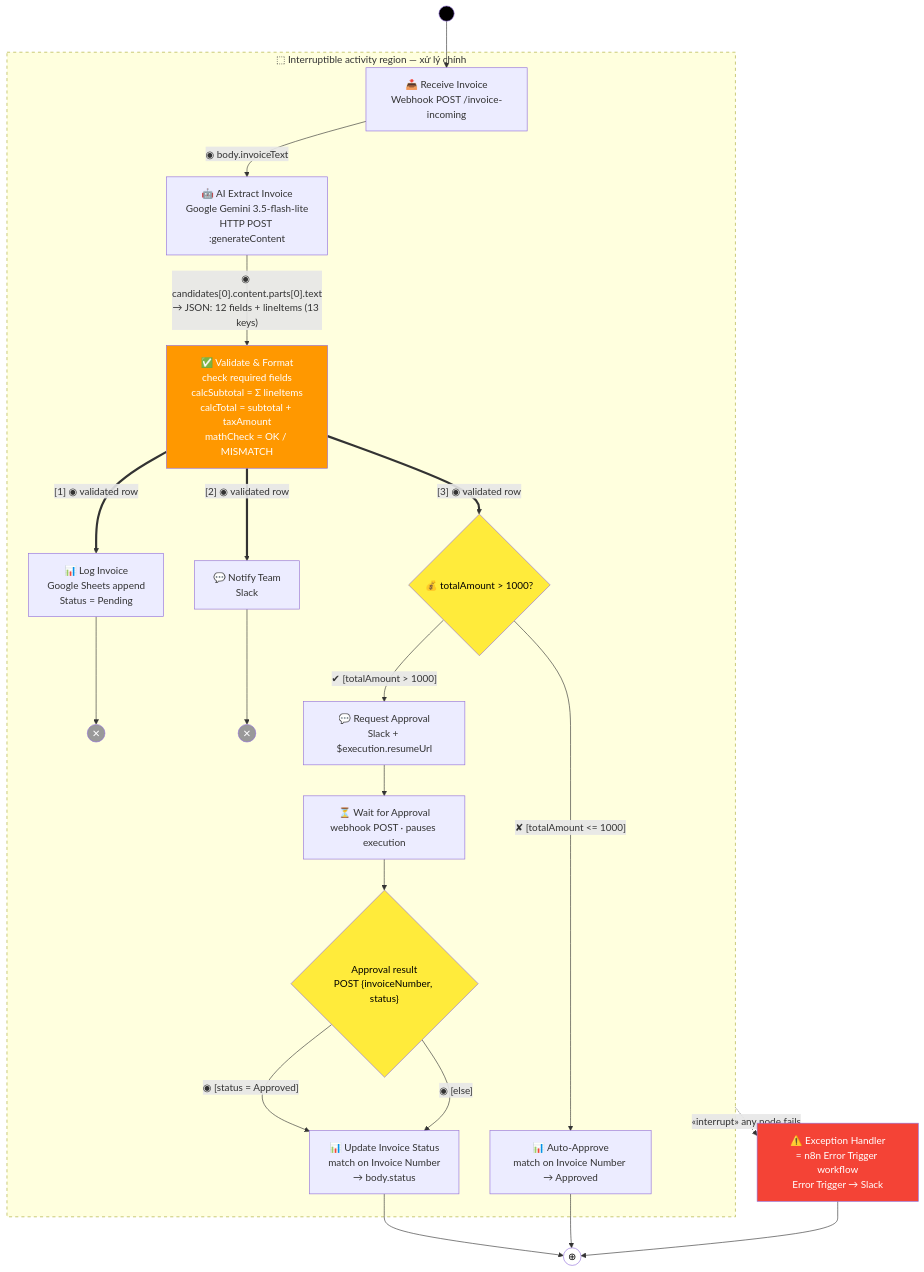
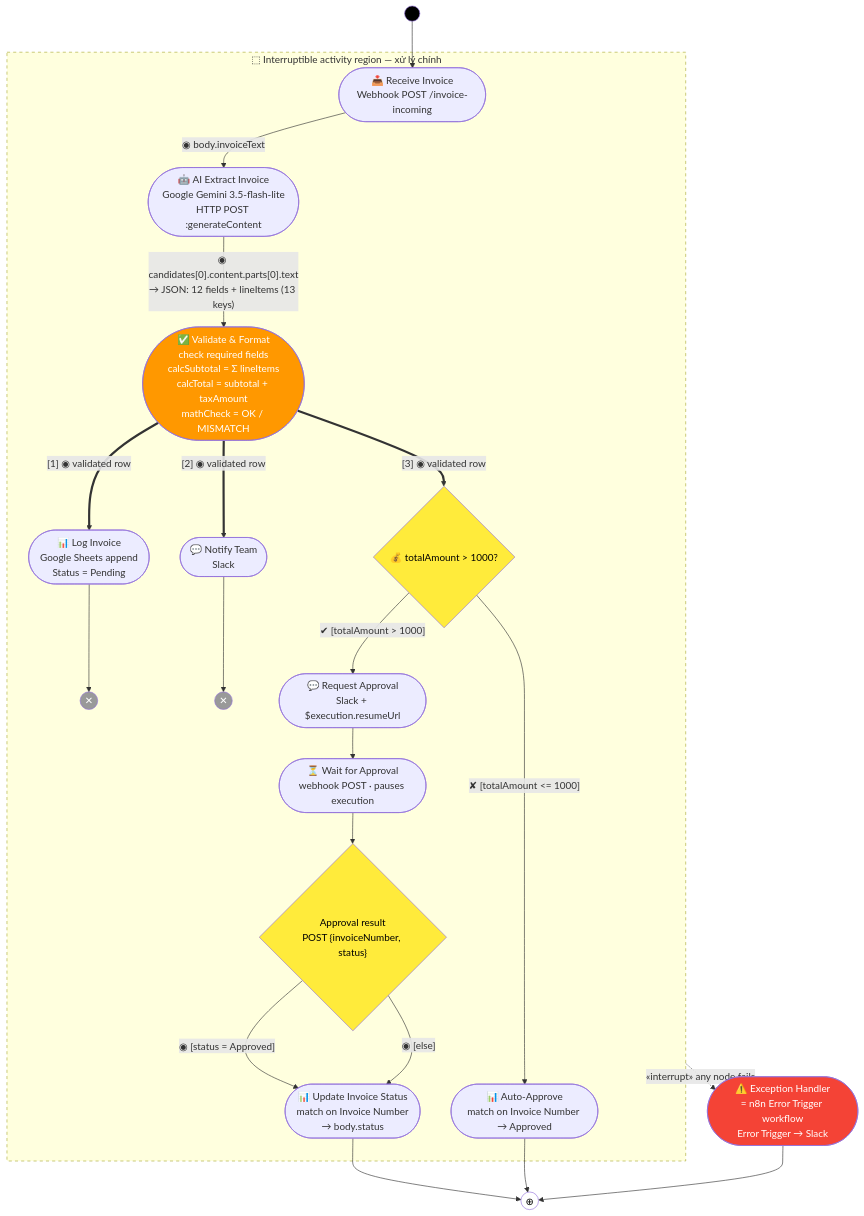
The third of 4 diagrams in activity-diagram.md (DoTuanPhong/make_-Invoice-processing-automated-workflow), drawn with Mermaid before and after one commit. The commit also changed other lines of this file and 3 other files, not shown here.

Commit message:
Update README and diagrams: upgrade Google Gemini to 3.5-flash-lite, enhance error handling, and add setup guide for automated invoice processing workflow.

````diff
--- a/activity-diagram.md
+++ b/activity-diagram.md
@@ -75,39 +79,39 @@
 ```mermaid
 flowchart TD
     START((●)) --> A
     subgraph REGION["⬚ Interruptible activity region — xử lý chính"]
-        A["📥 Receive Invoice<br/>Webhook POST /invoice-incoming"]
-        A -->|"◉ body.invoiceText"| B["🤖 AI Extract Invoice<br/>Google Gemini 3.5-flash-lite<br/>HTTP POST :generateContent"]
-        B -->|"◉ candidates[0].content.parts[0].text<br/>→ JSON: 12 fields + lineItems (13 keys)"| C["✅ Validate & Format<br/>check required fields<br/>calcSubtotal = Σ lineItems<br/>calcTotal = subtotal + taxAmount<br/>mathCheck = OK / MISMATCH"]
+        A(["📥 Receive Invoice<br/>Webhook POST /invoice-incoming"])
+        A -->|"◉ body.invoiceText"| B(["🤖 AI Extract Invoice<br/>Google Gemini 3.5-flash-lite<br/>HTTP POST :generateContent"])
+        B -->|"◉ candidates[0].content.parts[0].text<br/>→ JSON: 12 fields + lineItems (13 keys)"| C(["✅ Validate & Format<br/>check required fields<br/>calcSubtotal = Σ lineItems<br/>calcTotal = subtotal + taxAmount<br/>mathCheck = OK / MISMATCH"])
 
-        C ==>|"[1] ◉ validated row"| D["📊 Log Invoice<br/>Google Sheets append<br/>Status = Pending"]
+        C ==>|"[1] ◉ validated row"| D(["📊 Log Invoice<br/>Google Sheets append<br/>Status = Pending"])
         D --> FFD(("✕"))
-        C ==>|"[2] ◉ validated row"| E["💬 Notify Team<br/>Slack"]
+        C ==>|"[2] ◉ validated row"| E(["💬 Notify Team<br/>Slack"])
         E --> FFE(("✕"))
         C ==>|"[3] ◉ validated row"| F{"💰 totalAmount > 1000?"}
 
-        F -->|"✔ [totalAmount > 1000]"| G["💬 Request Approval<br/>Slack + $execution.resumeUrl"]
-        G --> H["⏳ Wait for Approval<br/>webhook POST · pauses execution"]
+        F -->|"✔ [totalAmount > 1000]"| G(["💬 Request Approval<br/>Slack + $execution.resumeUrl"])
+        G --> H(["⏳ Wait for Approval<br/>webhook POST · pauses execution"])
         H --> M{"Approval result<br/>POST {invoiceNumber, status}"}
-        M -->|"◉ [status = Approved]"| I["📊 Update Invoice Status<br/>match on Invoice Number<br/>→ body.status"]
+        M -->|"◉ [status = Approved]"| I(["📊 Update Invoice Status<br/>match on Invoice Number<br/>→ body.status"])
         M -->|"◉ [else]"| I
 
-        F -->|"✘ [totalAmount <= 1000]"| J["📊 Auto-Approve<br/>match on Invoice Number → Approved"]
+        F -->|"✘ [totalAmount <= 1000]"| J(["📊 Auto-Approve<br/>match on Invoice Number → Approved"])
     end
 
     I --> K((⊕))
     J --> K
 
-    REGION -.->|"«interrupt» any node fails"| X["⚠️ Exception Handler<br/>= n8n Error Trigger workflow<br/>Error Trigger → Slack"]
+    REGION -.->|"«interrupt» any node fails"| X(["⚠️ Exception Handler<br/>= n8n Error Trigger workflow<br/>Error Trigger → Slack"])
     X --> K
 
     style START fill:#000,color:#000
     style K fill:#fff,color:#000
     style FFD fill:#999,color:#fff
     style FFE fill:#999,color:#fff
     style F fill:#FFEB3B,color:#000
     style M fill:#FFEB3B,color:#000
     style C fill:#FF9800,color:#fff
     style X fill:#F44336,color:#fff
     style REGION stroke-dasharray: 5 5
 ```
````
